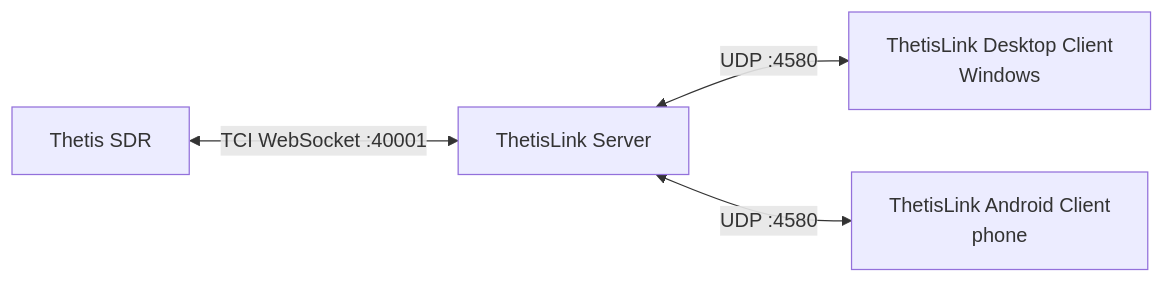
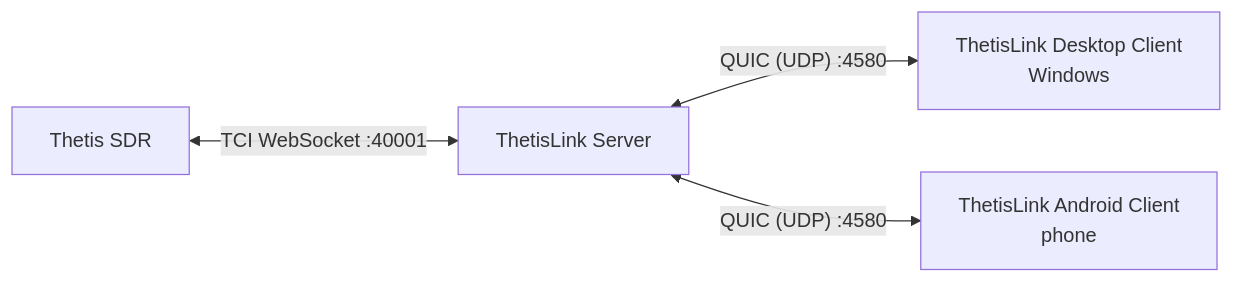
The first of 4 diagrams in Installation.md (cjenschede/ThetisLink), drawn with Mermaid before and after one commit. The commit also changed other lines of this file and 185 other files, not shown here.

````diff
--- a/Installation.md
+++ b/Installation.md
@@ -42,6 +42,6 @@
 ```mermaid
 flowchart LR
     Thetis[Thetis SDR] <-->|"TCI WebSocket :40001"| Server[ThetisLink Server]
-    Server <-->|"UDP :4580"| Desktop[ThetisLink Desktop Client<br>Windows]
-    Server <-->|"UDP :4580"| Android[ThetisLink Android Client<br>phone]
+    Server <-->|"QUIC (UDP) :4580"| Desktop[ThetisLink Desktop Client<br>Windows]
+    Server <-->|"QUIC (UDP) :4580"| Android[ThetisLink Android Client<br>phone]
 ```
````
